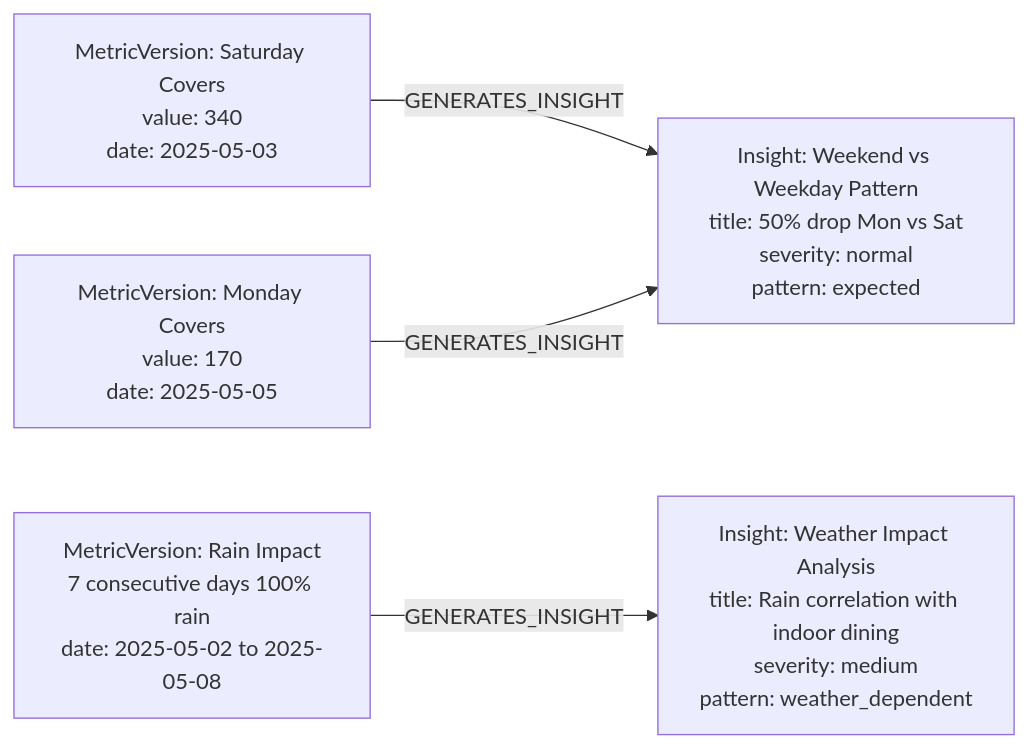
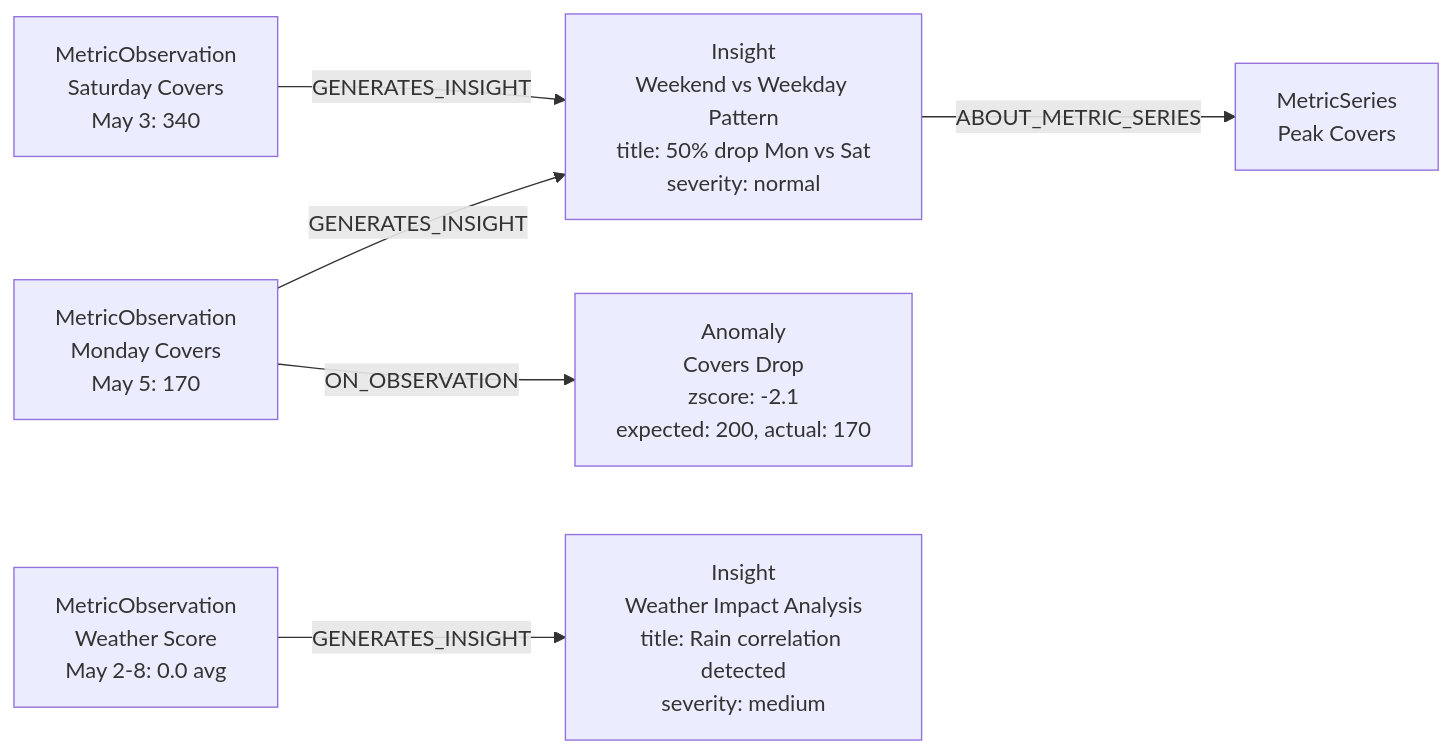
Diagram 11 of 14 in docs/understanding_layer_design.md (maxshuang/graphiti), drawn with Mermaid before and after one commit. The commit also changed other lines of this file, not shown here.

Commit message:
feat: Update implementation phasing and enhance mermaid diagrams for clarity and detail

````diff
--- a/docs/understanding_layer_design.md
+++ b/docs/understanding_layer_design.md
@@ -402,15 +419,22 @@
 ```mermaid
 graph LR
-    MV_Sat[MetricVersion: Saturday Covers<br/>value: 340<br/>date: 2025-05-03]
-    MV_Mon[MetricVersion: Monday Covers<br/>value: 170<br/>date: 2025-05-05]
+    MO_Sat[MetricObservation<br/>Saturday Covers<br/>May 3: 340]
+    MO_Mon[MetricObservation<br/>Monday Covers<br/>May 5: 170]
     
-    Insight1[Insight: Weekend vs Weekday Pattern<br/>title: 50% drop Mon vs Sat<br/>severity: normal<br/>pattern: expected]
+    MO_Weather[MetricObservation<br/>Weather Score<br/>May 2-8: 0.0 avg]
     
-    MV_Weather[MetricVersion: Rain Impact<br/>7 consecutive days 100% rain<br/>date: 2025-05-02 to 2025-05-08]
+    Insight1[Insight<br/>Weekend vs Weekday Pattern<br/>title: 50% drop Mon vs Sat<br/>severity: normal]
     
-    Insight2[Insight: Weather Impact Analysis<br/>title: Rain correlation with indoor dining<br/>severity: medium<br/>pattern: weather_dependent]
+    Insight2[Insight<br/>Weather Impact Analysis<br/>title: Rain correlation detected<br/>severity: medium]
     
-    MV_Sat -->|GENERATES_INSIGHT| Insight1
-    MV_Mon -->|GENERATES_INSIGHT| Insight1
-    MV_Weather -->|GENERATES_INSIGHT| Insight2
+    Anomaly1[Anomaly<br/>Covers Drop<br/>zscore: -2.1<br/>expected: 200, actual: 170]
+    
+    MO_Sat -->|GENERATES_INSIGHT| Insight1
+    MO_Mon -->|GENERATES_INSIGHT| Insight1
+    MO_Weather -->|GENERATES_INSIGHT| Insight2
+    
+    MO_Mon -->|ON_OBSERVATION| Anomaly1
+    
+    MS_Covers[MetricSeries<br/>Peak Covers]
+    Insight1 -->|ABOUT_METRIC_SERIES| MS_Covers
 ```
````
